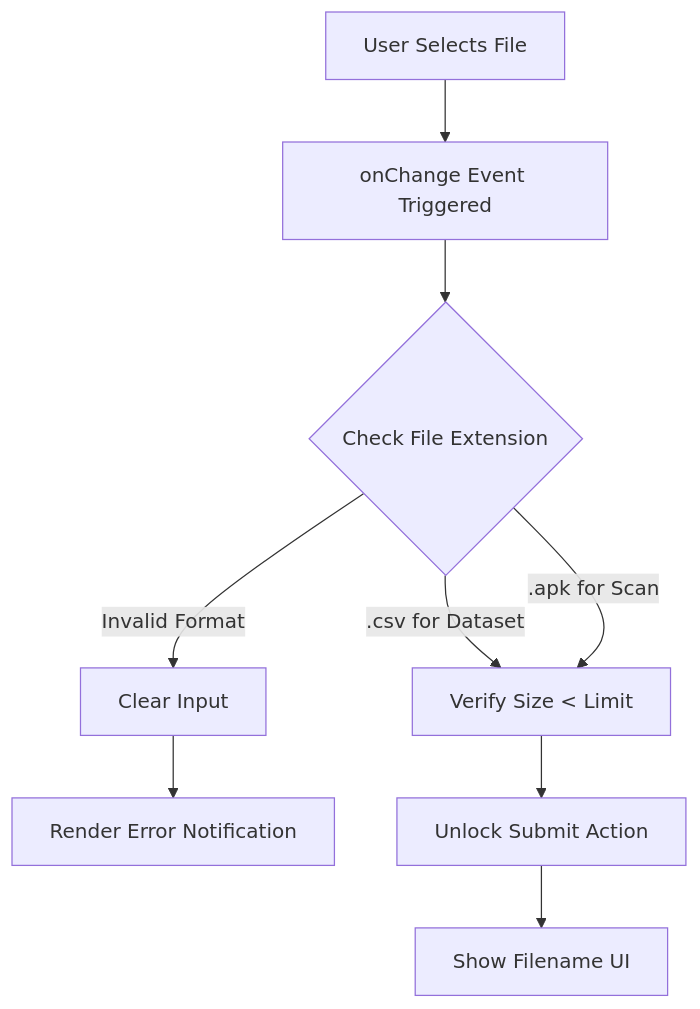
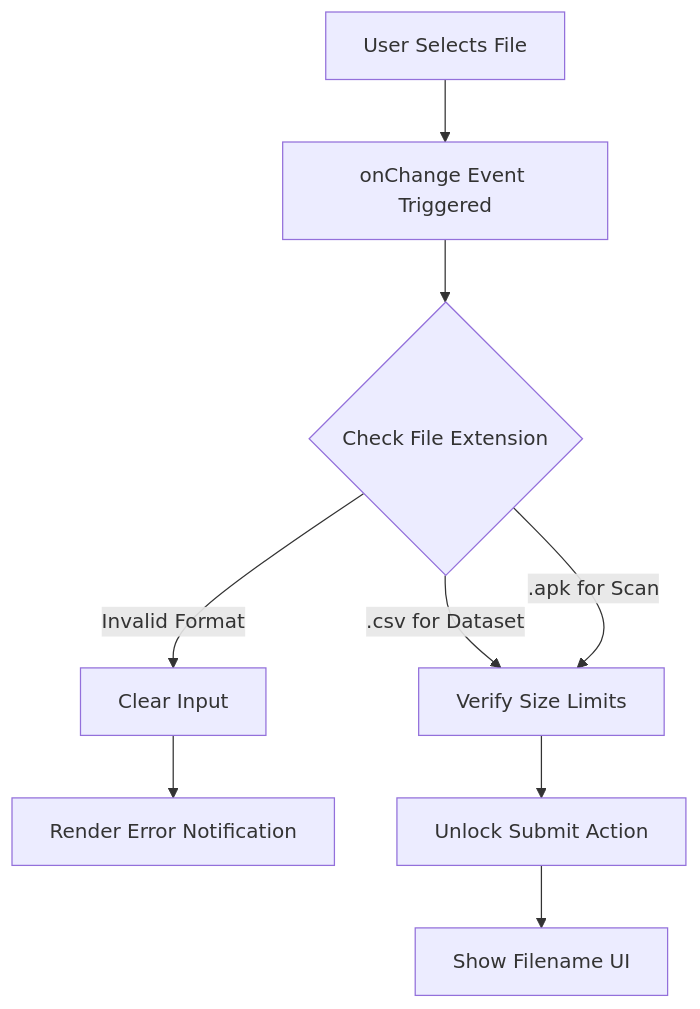
One commit to BlueHeart-Saga/machine-learning changed the seventh of 19 diagrams in README.md. Above: the diagram before and after it, drawn with Mermaid. The commit also changed other lines of this file, not shown here.

Commit message:
Documentation: Fixed Mermaid syntax and added comprehensive user-friendly explanations to all diagrams

````diff
--- a/README.md
+++ b/README.md
@@ -193,13 +195,13 @@
 ```mermaid
 flowchart TD
     UserAction[User Selects File] --> Hook[onChange Event Triggered]
     Hook --> ExtCheck{Check File Extension}
     
-    ExtCheck -- ".csv for Dataset" --> SizeCheck[Verify Size < Limit]
+    ExtCheck -- ".csv for Dataset" --> SizeCheck[Verify Size Limits]
     ExtCheck -- ".apk for Scan" --> SizeCheck
     ExtCheck -- "Invalid Format" --> Reject[Clear Input]
     
     Reject --> Toast[Render Error Notification]
     SizeCheck --> EnableBtn[Unlock Submit Action]
     EnableBtn --> Display[Show Filename UI]
 ```
````
